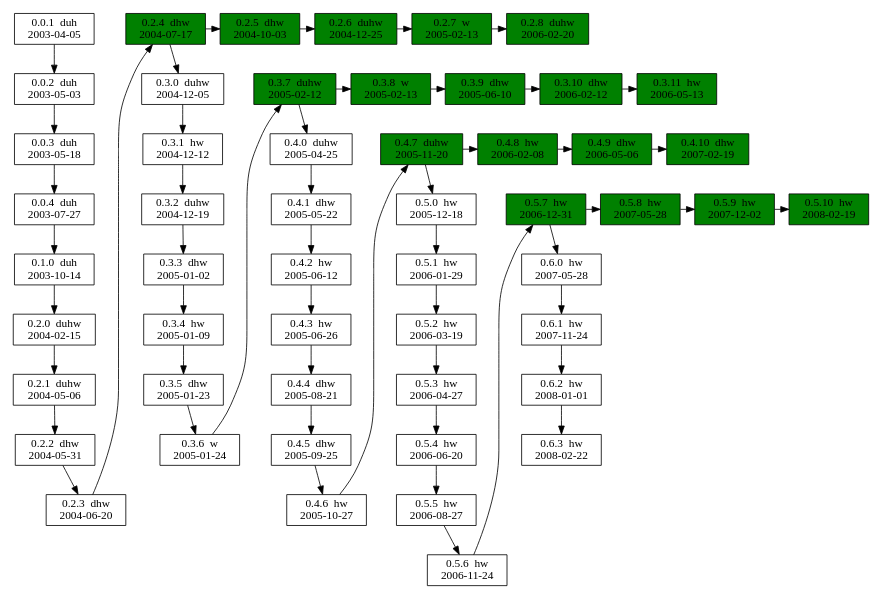
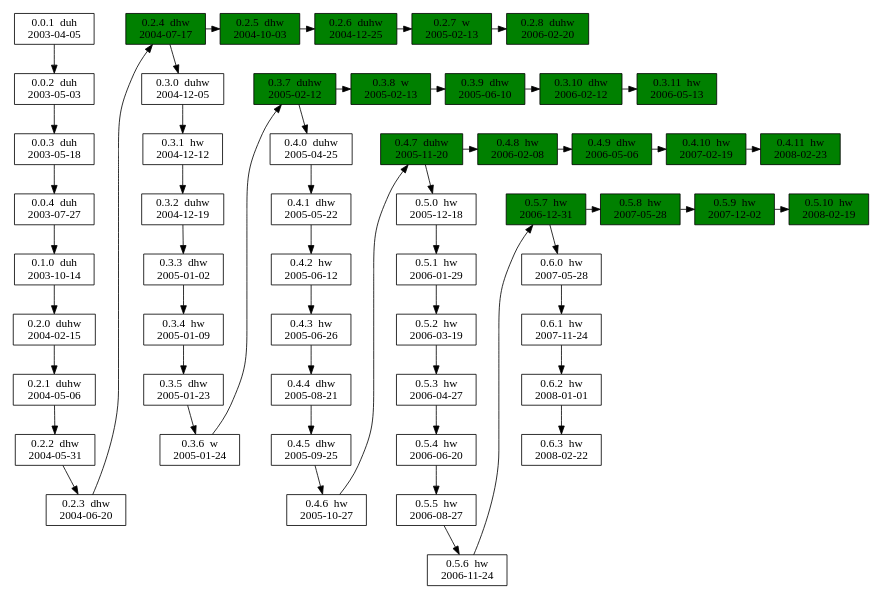
The diagram in www/versions.dot (vanhoefm/krackattacks-scripts), drawn with Graphviz before and after one commit. The commit also changed 3 other files, not shown here.

```diff
--- a/www/versions.dot
+++ b/www/versions.dot
@@ -1,96 +1,97 @@
 digraph versions {
 	size="10,6"
 #	rankdir=LR
 
 # development releases
 
 	node [shape=box]
 	v001 [label="0.0.1  duh\n2003-04-05"]
 	v002 [label="0.0.2  duh\n2003-05-03"]
 	v003 [label="0.0.3  duh\n2003-05-18"]
 	v004 [label="0.0.4  duh\n2003-07-27"]
 	v010 [label="0.1.0  duh\n2003-10-14"]
 	v020 [label="0.2.0  duhw\n2004-02-15"]
 	v021 [label="0.2.1  duhw\n2004-05-06"]
 	v022 [label="0.2.2  dhw\n2004-05-31"]
 	v023 [label="0.2.3  dhw\n2004-06-20"]
 	v030 [label="0.3.0  duhw\n2004-12-05"]
 	v031 [label="0.3.1  hw\n2004-12-12"]
 	v032 [label="0.3.2  duhw\n2004-12-19"]
 	v033 [label="0.3.3  dhw\n2005-01-02"]
 	v034 [label="0.3.4  hw\n2005-01-09"]
 	v035 [label="0.3.5  dhw\n2005-01-23"]
 	v036 [label="0.3.6  w\n2005-01-24"]
 
 	v040 [label="0.4.0  duhw\n2005-04-25"]
 	v041 [label="0.4.1  dhw\n2005-05-22"]
 	v042 [label="0.4.2  hw\n2005-06-12"]
 	v043 [label="0.4.3  hw\n2005-06-26"]
 	v044 [label="0.4.4  dhw\n2005-08-21"]
 	v045 [label="0.4.5  dhw\n2005-09-25"]
 	v046 [label="0.4.6  hw\n2005-10-27"]
 	v050 [label="0.5.0  hw\n2005-12-18"]
 	v051 [label="0.5.1  hw\n2006-01-29"]
 	v052 [label="0.5.2  hw\n2006-03-19"]
 	v053 [label="0.5.3  hw\n2006-04-27"]
 	v054 [label="0.5.4  hw\n2006-06-20"]
 	v055 [label="0.5.5  hw\n2006-08-27"]
 	v056 [label="0.5.6  hw\n2006-11-24"]
 	v060 [label="0.6.0  hw\n2007-05-28"]
 	v061 [label="0.6.1  hw\n2007-11-24"]
 	v062 [label="0.6.2  hw\n2008-01-01"]
 	v063 [label="0.6.3  hw\n2008-02-22"]
 
 # stable releases
 
 	node [fillcolor=green style=filled]
 	v024 [label="0.2.4  dhw\n2004-07-17"]
 	v025 [label="0.2.5  dhw\n2004-10-03"]
 	v026 [label="0.2.6  duhw\n2004-12-25"]
 	v027 [label="0.2.7  w\n2005-02-13"]
 	v028 [label="0.2.8  duhw\n2006-02-20"]
 	v037 [label="0.3.7  duhw\n2005-02-12"]
 	v038 [label="0.3.8  w\n2005-02-13"]
 	v039 [label="0.3.9  dhw\n2005-06-10"]
 	v0310 [label="0.3.10  dhw\n2006-02-12"]
 	v0311 [label="0.3.11  hw\n2006-05-13"]
 	v047 [label="0.4.7  duhw\n2005-11-20"]
 	v048 [label="0.4.8  hw\n2006-02-08"]
 	v049 [label="0.4.9  dhw\n2006-05-06"]
-	v0410 [label="0.4.10  dhw\n2007-02-19"]
+	v0410 [label="0.4.10  hw\n2007-02-19"]
+	v0411 [label="0.4.11  hw\n2008-02-23"]
 	v057 [label="0.5.7  hw\n2006-12-31"]
 	v058 [label="0.5.8  hw\n2007-05-28"]
 	v059 [label="0.5.9  hw\n2007-12-02"]
 	v0510 [label="0.5.10  hw\n2008-02-19"]
 
 # development releases
 
 	v001 -> v002 -> v003 -> v004
 	v004 -> v010 -> v020 -> v021 -> v022 -> v023 -> v024
 	v024 -> v030 -> v031 -> v032 -> v033 -> v034 -> v035 -> v036 -> v037
 	v037 -> v040 -> v041 -> v042 -> v043 -> v044 -> v045 -> v046 -> v047
 	v047 -> v050 -> v051 -> v052 -> v053 -> v054 -> v055 -> v056 -> v057
 	v057 -> v060 -> v061 -> v062 -> v063
 
 	{rank=same; v001 v024}
 	{rank=same; v030 v037}
 	{rank=same; v040 v047}
 	{rank=same; v050 v057}
 #	{rank=same; v060 v063}
 
 # stable releases
 
 	v024 -> v025 -> v026 -> v027 -> v028
 	v037 -> v038 -> v039 -> v0310 -> v0311
-	v047 -> v048 -> v049 -> v0410
+	v047 -> v048 -> v049 -> v0410 -> v0411
 	v057 -> v058 -> v059 -> v0510
 
 	{rank=same; v024 v025 v026 v027 v028}
 	{rank=same; v037 v038 v039 v0310 v0311}
-	{rank=same; v047 v048 v049 v0410}
+	{rank=same; v047 v048 v049 v0410 v0411}
 	{rank=same; v057 v058 v059 v0510}
 
 #	edge [style=dashed,color=red]
 #	v030 -> v036
 
 }
```
